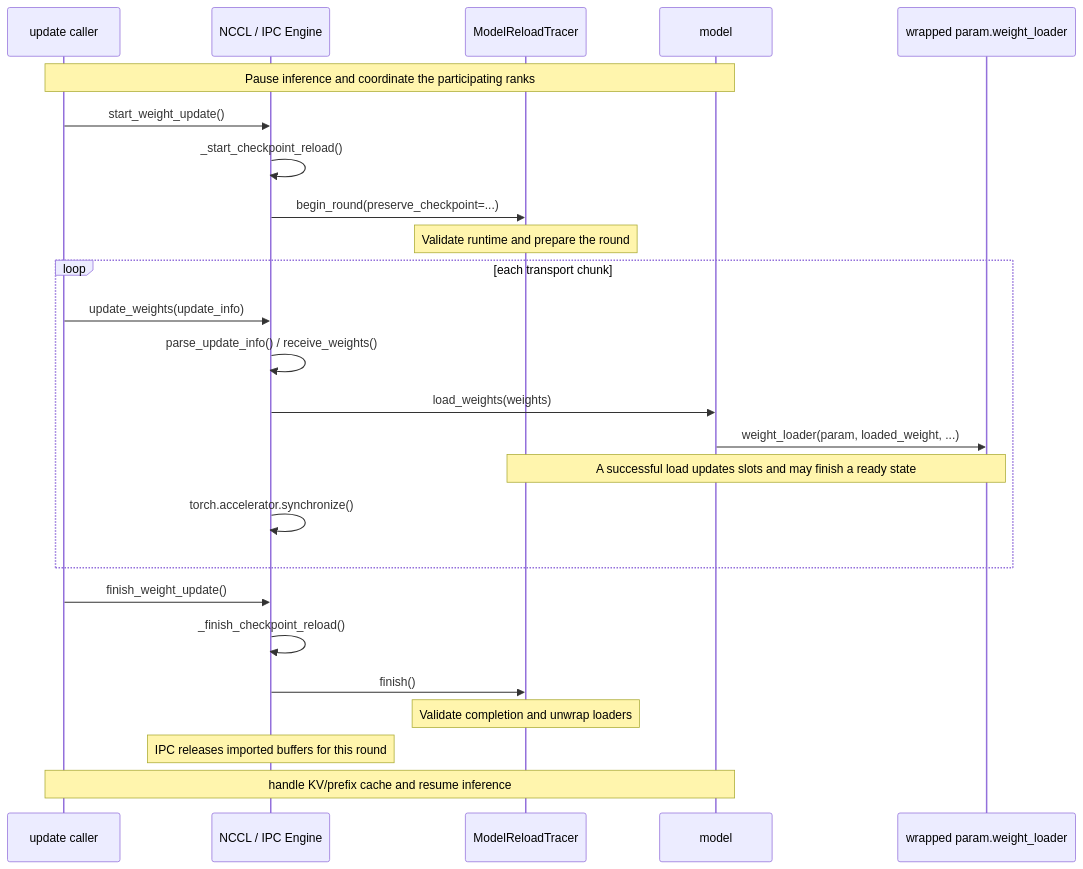
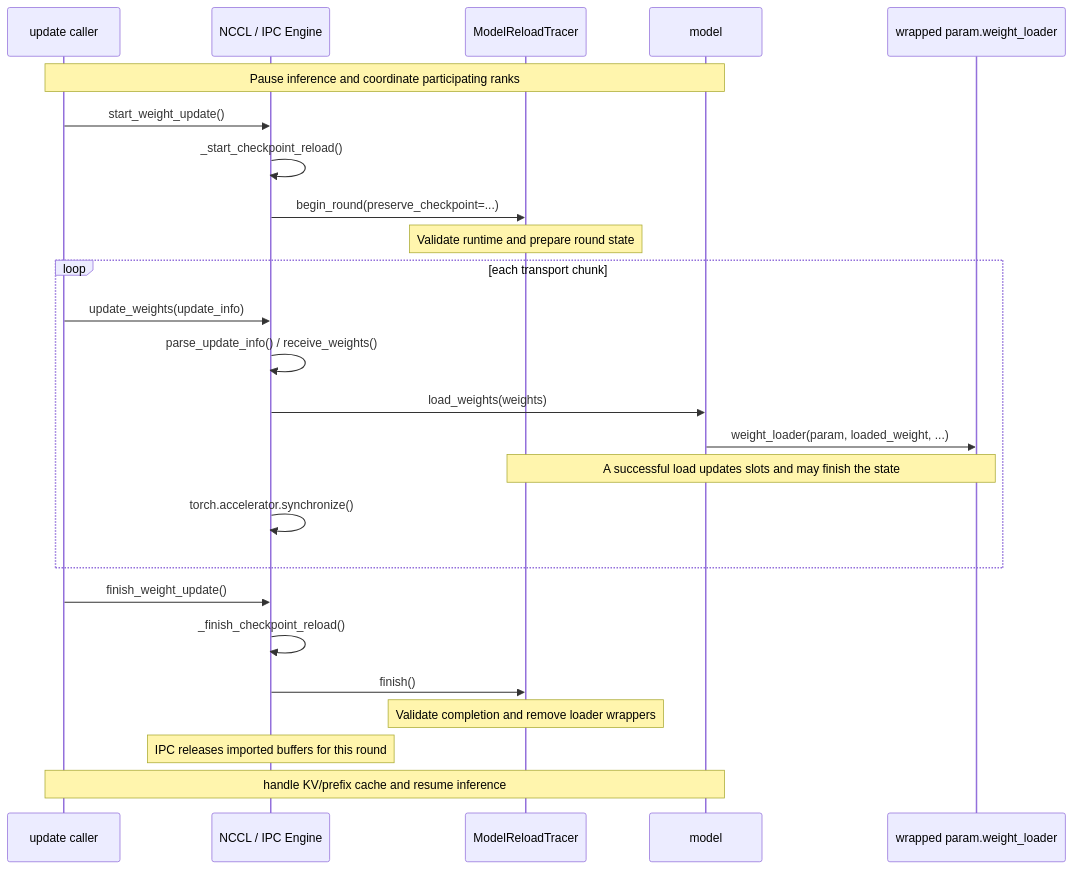
Before and after one commit to vllm-project/vllm: the fourth of 6 diagrams in docs/design/weight-update/reload-flow-walkthrough.en.md, drawn with Mermaid. The commit also changed 1 other file, not shown here.

Commit message:
docs: fix Mermaid notes in reload walkthrough

````diff
--- a/docs/design/weight-update/reload-flow-walkthrough.en.md
+++ b/docs/design/weight-update/reload-flow-walkthrough.en.md
@@ -154,28 +154,28 @@
 ```mermaid
 sequenceDiagram
     participant Caller as update caller
     participant Engine as NCCL / IPC Engine
     participant Trace as ModelReloadTracer
     participant Model as model
     participant Loader as wrapped param.weight_loader
 
-    Note over Caller,Model: Pause inference and coordinate the participating ranks
+    Note over Caller,Model: Pause inference and coordinate participating ranks
     Caller->>Engine: start_weight_update()
     Engine->>Engine: _start_checkpoint_reload()
     Engine->>Trace: begin_round(preserve_checkpoint=...)
-    Note over Trace: Validate runtime and prepare the round
+    Note over Trace: Validate runtime and prepare round state
     loop each transport chunk
         Caller->>Engine: update_weights(update_info)
         Engine->>Engine: parse_update_info() / receive_weights()
         Engine->>Model: load_weights(weights)
         Model->>Loader: weight_loader(param, loaded_weight, ...)
-        Note over Loader,Trace: A successful load updates slots and may finish a ready state
+        Note over Loader,Trace: A successful load updates slots and may finish the state
         Engine->>Engine: torch.accelerator.synchronize()
     end
     Caller->>Engine: finish_weight_update()
     Engine->>Engine: _finish_checkpoint_reload()
     Engine->>Trace: finish()
-    Note over Trace: Validate completion and unwrap loaders
+    Note over Trace: Validate completion and remove loader wrappers
     Note over Engine: IPC releases imported buffers for this round
     Note over Caller,Model: handle KV/prefix cache and resume inference
 ```
````
